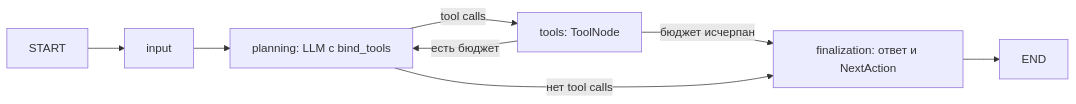
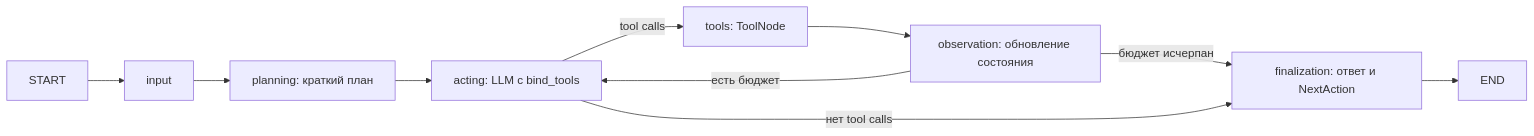
The diagram in docs/graph.md (nikita9725/agents), drawn with Mermaid before and after one commit. The commit also changed other lines of this file and 27 other files, not shown here.

Commit message:
Добавлен streaming events и planning tool

````diff
--- a/docs/graph.md
+++ b/docs/graph.md
@@ -3,10 +3,12 @@
 ```mermaid
 flowchart LR
     START --> input
-    input --> planning[planning: LLM с bind_tools]
-    planning -->|tool calls| tools[tools: ToolNode]
-    tools -->|есть бюджет| planning
-    tools -->|бюджет исчерпан| finalization
-    planning -->|нет tool calls| finalization[finalization: ответ и NextAction]
+    input --> planning[planning: краткий план]
+    planning --> acting[acting: LLM с bind_tools]
+    acting -->|tool calls| tools[tools: ToolNode]
+    tools --> observation[observation: обновление состояния]
+    observation -->|есть бюджет| acting
+    observation -->|бюджет исчерпан| finalization
+    acting -->|нет tool calls| finalization[finalization: ответ и NextAction]
     finalization --> END
 ```
````
